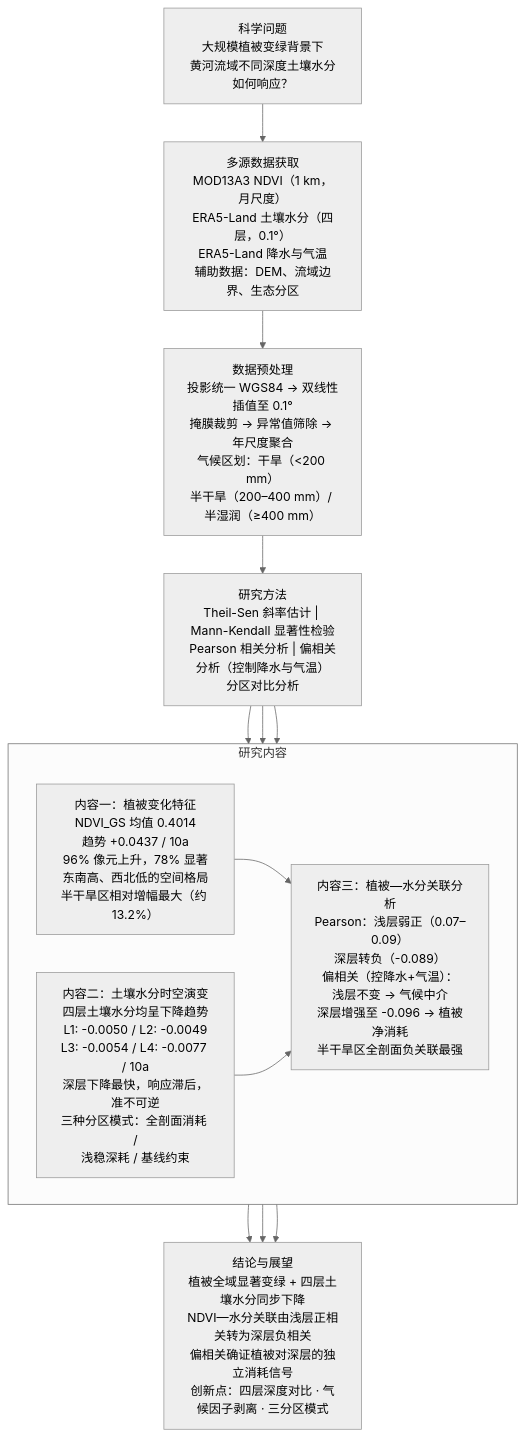
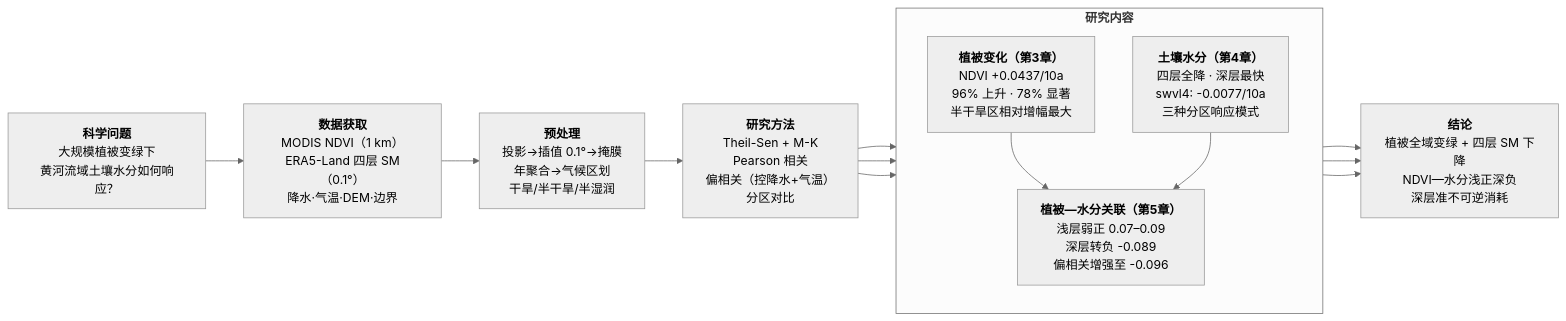
The diagram in 技术路线流程图.md (xiaoguangrui21-lang/-), drawn with Mermaid (neutral theme) before and after one commit.

````diff
--- a/技术路线流程图.md
+++ b/技术路线流程图.md
@@ -3,61 +3,50 @@
 ```mermaid
-flowchart TD
-    A["科学问题
-大规模植被变绿背景下
-黄河流域不同深度土壤水分如何响应？"]
+flowchart LR
+    A["<b>科学问题</b>
+大规模植被变绿下
+黄河流域土壤水分如何响应？"]
 
-    B["多源数据获取
-MOD13A3 NDVI（1 km，月尺度）
-ERA5-Land 土壤水分（四层，0.1°）
-ERA5-Land 降水与气温
-辅助数据：DEM、流域边界、生态分区"]
+    B["<b>数据获取</b>
+MODIS NDVI（1 km）
+ERA5-Land 四层 SM（0.1°）
+降水·气温·DEM·边界"]
 
-    C["数据预处理
-投影统一 WGS84 → 双线性插值至 0.1°
-掩膜裁剪 → 异常值筛除 → 年尺度聚合
-气候区划：干旱（<200 mm）
-半干旱（200–400 mm）/ 半湿润（≥400 mm）"]
+    C["<b>预处理</b>
+投影→插值 0.1°→掩膜
+年聚合→气候区划
+干旱/半干旱/半湿润"]
 
-    D["研究方法
-Theil-Sen 斜率估计 | Mann-Kendall 显著性检验
-Pearson 相关分析 | 偏相关分析（控制降水与气温）
-分区对比分析"]
+    D["<b>研究方法</b>
+Theil-Sen + M-K
+Pearson 相关
+偏相关（控降水+气温）
+分区对比"]
 
-    subgraph E["研究内容"]
-        direction LR
-        E1["内容一：植被变化特征
-NDVI_GS 均值 0.4014
-趋势 +0.0437 / 10a
-96% 像元上升，78% 显著
-东南高、西北低的空间格局
-半干旱区相对增幅最大（约 13.2%）"]
-        E2["内容二：土壤水分时空演变
-四层土壤水分均呈下降趋势
-L1: -0.0050 / L2: -0.0049
-L3: -0.0054 / L4: -0.0077 / 10a
-深层下降最快，响应滞后，准不可逆
-三种分区模式：全剖面消耗 /
-浅稳深耗 / 基线约束"]
-        E3["内容三：植被—水分关联分析
-Pearson：浅层弱正（0.07–0.09）
-深层转负（-0.089）
-偏相关（控降水+气温）：
-浅层不变 → 气候中介
-深层增强至 -0.096 → 植被净消耗
-半干旱区全剖面负关联最强"]
+    subgraph E["<b>研究内容</b>"]
+        direction TB
+        E1["<b>植被变化（第3章）</b>
+NDVI +0.0437/10a
+96% 上升 · 78% 显著
+半干旱区相对增幅最大"]
+        E2["<b>土壤水分（第4章）</b>
+四层全降 · 深层最快
+swvl4: -0.0077/10a
+三种分区响应模式"]
+        E3["<b>植被—水分关联（第5章）</b>
+浅层弱正 0.07–0.09
+深层转负 -0.089
+偏相关增强至 -0.096"]
     end
 
-    F["结论与展望
-植被全域显著变绿 + 四层土壤水分同步下降
-NDVI—水分关联由浅层正相关转为深层负相关
-偏相关确证植被对深层的独立消耗信号
-创新点：四层深度对比 · 气候因子剥离 · 三分区模式"]
+    F["<b>结论</b>
+植被全域变绿 + 四层 SM 下降
+NDVI—水分浅正深负
+深层准不可逆消耗"]
 
-    A --> B --> C --> D
-    D --> E1
+    A --> B --> C --> D --> E1
     D --> E2
     D --> E3
     E1 --> E3
     E2 --> E3
     E1 & E2 & E3 --> F
 ```
````
